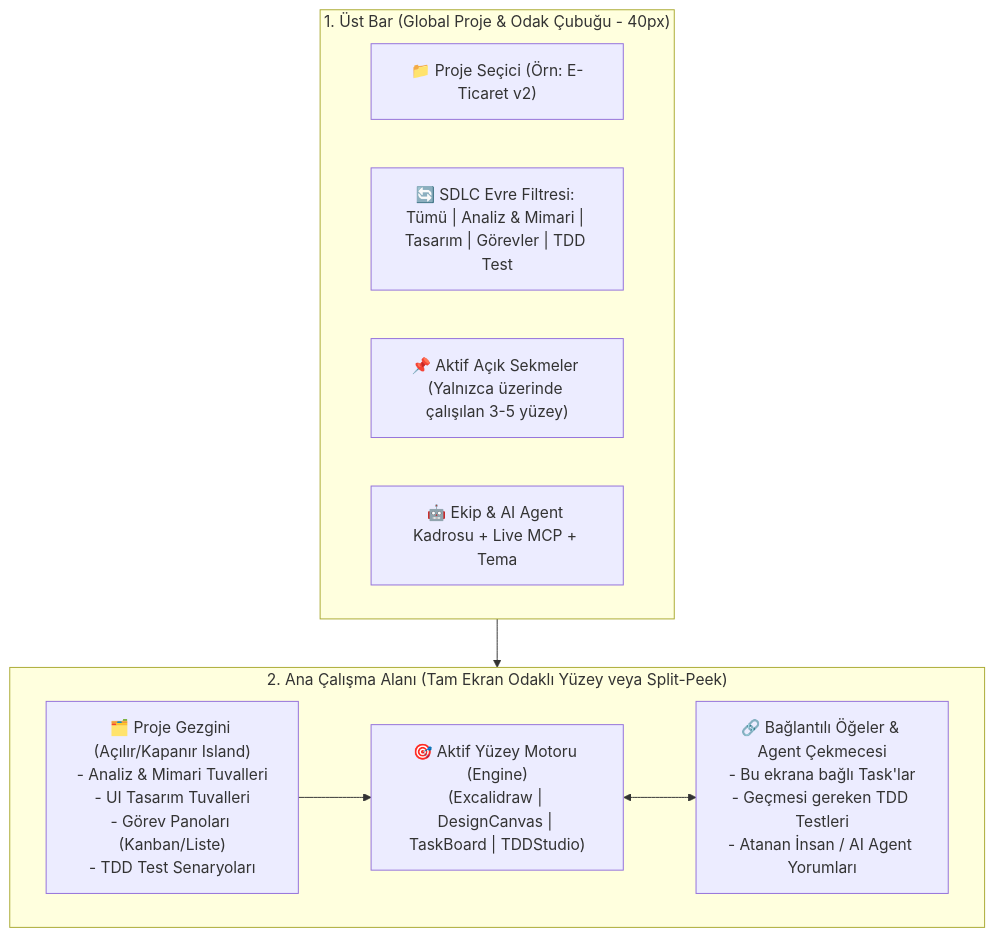
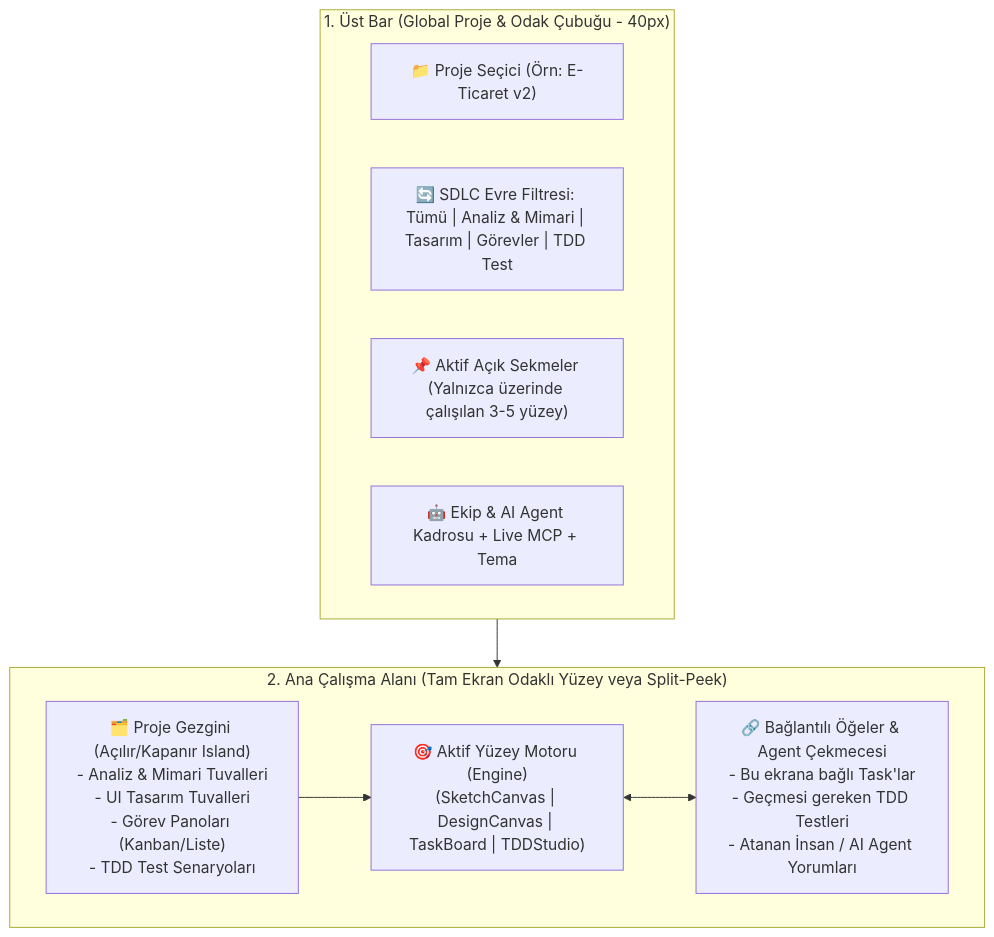
Before and after one commit to brkmustu/synapdraw: the diagram in docs/sdlc_superapp_plan.md, drawn with Mermaid. The commit also changed other lines of this file and 13 other files, not shown here.

````diff
--- a/docs/sdlc_superapp_plan.md
+++ b/docs/sdlc_superapp_plan.md
@@ -18,19 +18,19 @@
 ```mermaid
 flowchart TD
     subgraph TopBar["1. Üst Bar (Global Proje & Odak Çubuğu - 40px)"]
         ProjSelector["📁 Proje Seçici (Örn: E-Ticaret v2)"]
         StageSwitcher["🔄 SDLC Evre Filtresi: Tümü | Analiz & Mimari | Tasarım | Görevler | TDD Test"]
         OpenTabs["📌 Aktif Açık Sekmeler (Yalnızca üzerinde çalışılan 3-5 yüzey)"]
         TeamAndAI["🤖 Ekip & AI Agent Kadrosu + Live MCP + Tema"]
     end
 
     subgraph MainArea["2. Ana Çalışma Alanı (Tam Ekran Odaklı Yüzey veya Split-Peek)"]
         LeftNavigator["🗂️ Proje Gezgini (Açılır/Kapanır Island)\n- Analiz & Mimari Tuvalleri\n- UI Tasarım Tuvalleri\n- Görev Panoları (Kanban/Liste)\n- TDD Test Senaryoları"]
-        ActiveSurface["🎯 Aktif Yüzey Motoru (Engine)\n(Excalidraw | DesignCanvas | TaskBoard | TDDStudio)"]
+        ActiveSurface["🎯 Aktif Yüzey Motoru (Engine)\n(SketchCanvas | DesignCanvas | TaskBoard | TDDStudio)"]
         RightContext["🔗 Bağlantılı Öğeler & Agent Çekmecesi\n- Bu ekrana bağlı Task'lar\n- Geçmesi gereken TDD Testleri\n- Atanan İnsan / AI Agent Yorumları"]
     end
 
     TopBar --> MainArea
     LeftNavigator --> ActiveSurface
     ActiveSurface <--> RightContext
 ```
````
